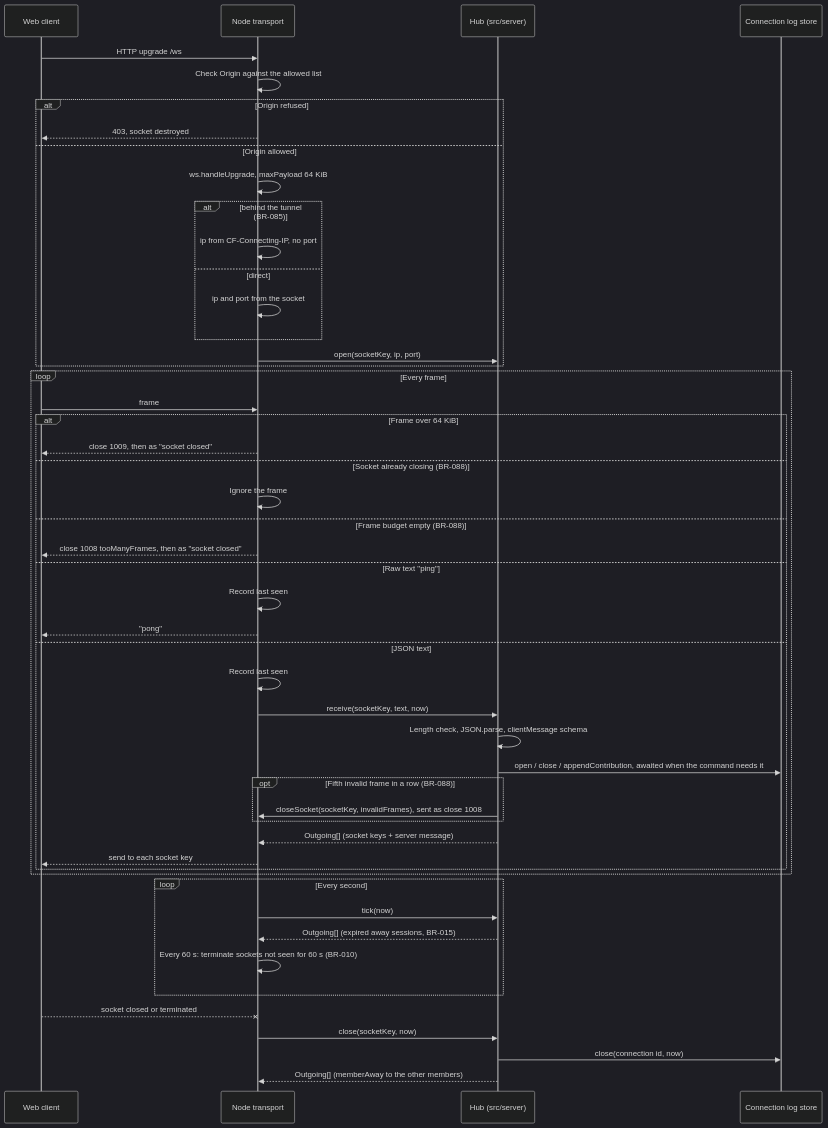
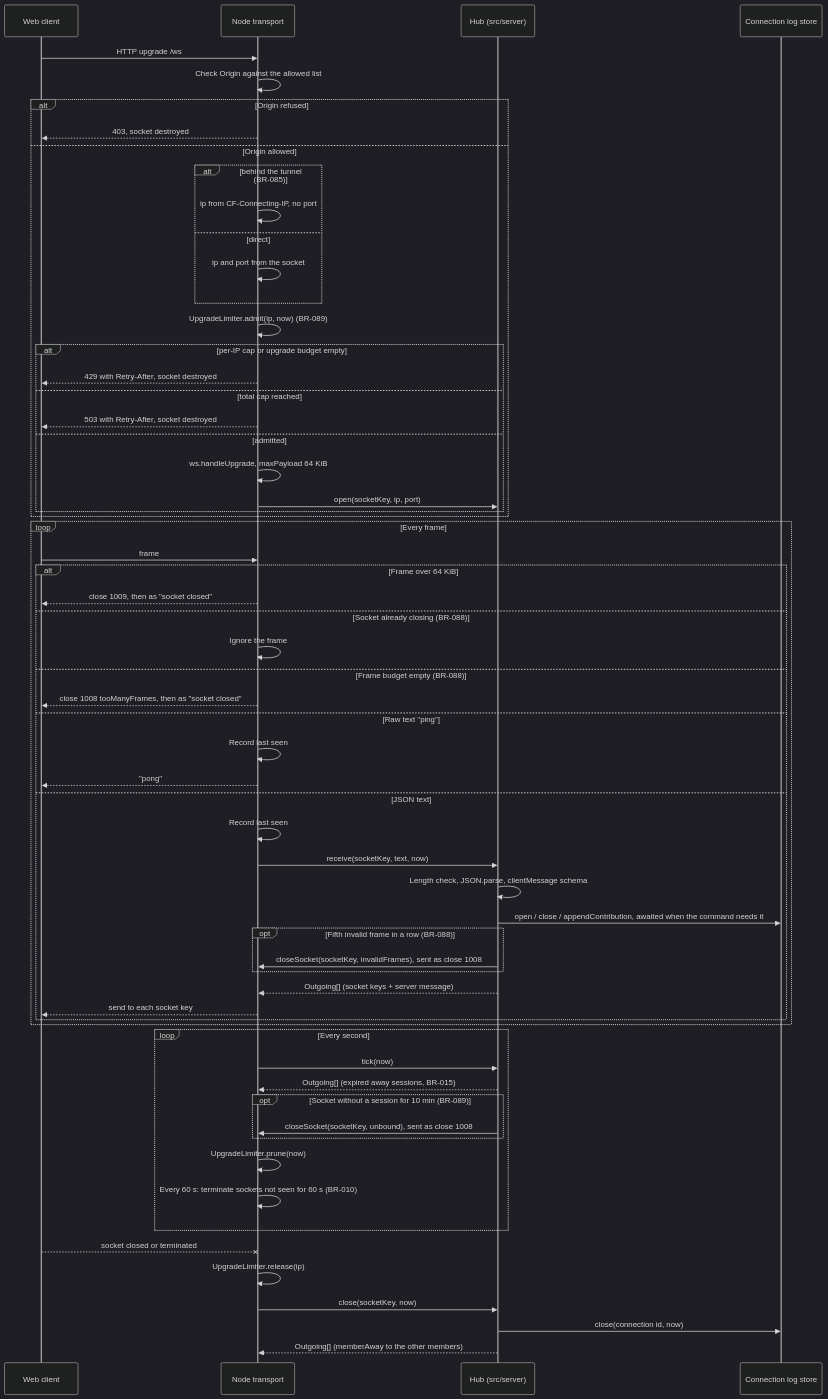
One commit to benoit-bremaud/asv changed the diagram in docs/architecture/diagrams/platform/02-sequence-node-transport.md. Above: the diagram before and after it, drawn with Mermaid (dark theme). The commit also changed other lines of this file and 31 other files, not shown here.

First line of the commit message:
feat(transport): cap concurrent sockets per IP and close unbound sockets (#116)

````diff
--- a/docs/architecture/diagrams/platform/02-sequence-node-transport.md
+++ b/docs/architecture/diagrams/platform/02-sequence-node-transport.md
@@ -17,52 +17,64 @@
 ```mermaid
 sequenceDiagram
   participant W as Web client
   participant N as Node transport
   participant H as Hub (src/server)
   participant LS as Connection log store
   W->>N: HTTP upgrade /ws
   N->>N: Check Origin against the allowed list
   alt Origin refused
     N-->>W: 403, socket destroyed
   else Origin allowed
-    N->>N: ws.handleUpgrade, maxPayload 64 KiB
     alt behind the tunnel (BR-085)
       N->>N: ip from CF-Connecting-IP, no port
     else direct
       N->>N: ip and port from the socket
     end
-    N->>H: open(socketKey, ip, port)
+    N->>N: UpgradeLimiter.admit(ip, now) (BR-089)
+    alt per-IP cap or upgrade budget empty
+      N-->>W: 429 with Retry-After, socket destroyed
+    else total cap reached
+      N-->>W: 503 with Retry-After, socket destroyed
+    else admitted
+      N->>N: ws.handleUpgrade, maxPayload 64 KiB
+      N->>H: open(socketKey, ip, port)
+    end
   end
   loop Every frame
     W->>N: frame
     alt Frame over 64 KiB
       N-->>W: close 1009, then as "socket closed"
     else Socket already closing (BR-088)
       N->>N: Ignore the frame
     else Frame budget empty (BR-088)
       N-->>W: close 1008 tooManyFrames, then as "socket closed"
     else Raw text "ping"
       N->>N: Record last seen
       N-->>W: "pong"
     else JSON text
       N->>N: Record last seen
       N->>H: receive(socketKey, text, now)
       H->>H: Length check, JSON.parse, clientMessage schema
       H->>LS: open / close / appendContribution, awaited when the command needs it
       opt Fifth invalid frame in a row (BR-088)
         H->>N: closeSocket(socketKey, invalidFrames), sent as close 1008
       end
       H-->>N: Outgoing[] (socket keys + server message)
       N-->>W: send to each socket key
     end
   end
   loop Every second
     N->>H: tick(now)
     H-->>N: Outgoing[] (expired away sessions, BR-015)
+    opt Socket without a session for 10 min (BR-089)
+      H->>N: closeSocket(socketKey, unbound), sent as close 1008
+    end
+    N->>N: UpgradeLimiter.prune(now)
     N->>N: Every 60 s: terminate sockets not seen for 60 s (BR-010)
   end
   W--xN: socket closed or terminated
+  N->>N: UpgradeLimiter.release(ip)
   N->>H: close(socketKey, now)
   H->>LS: close(connection id, now)
   H-->>N: Outgoing[] (memberAway to the other members)
 ```
````
